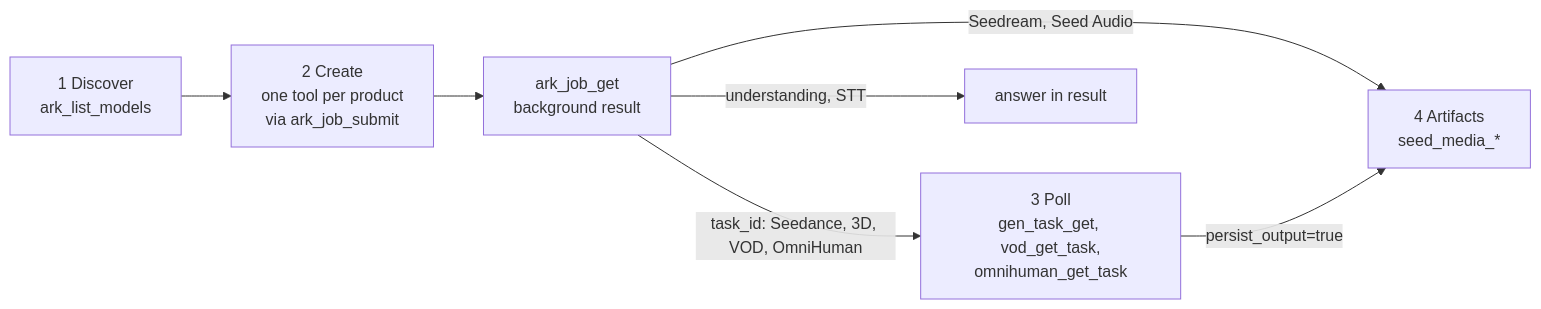
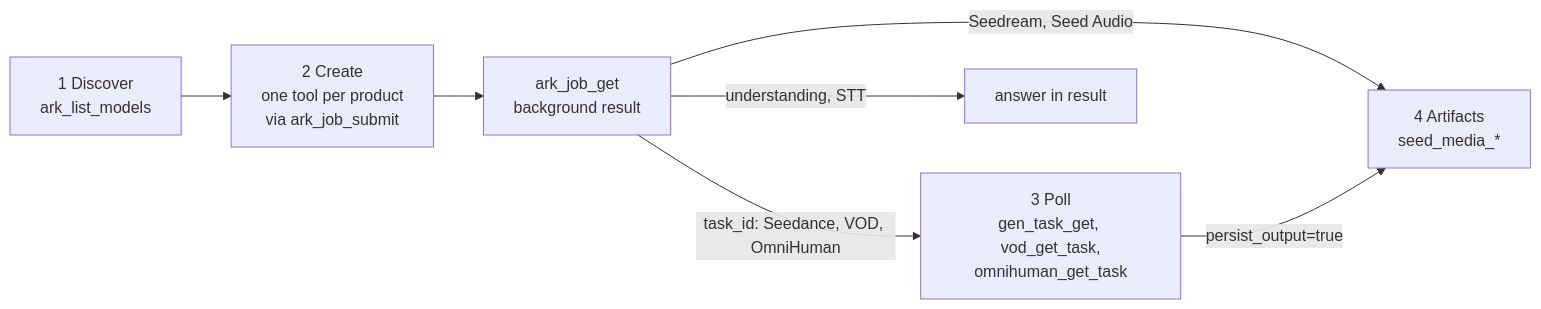
The diagram in .agents/skills/ark-mcp/SKILL.md (byteplus-sa/ark-mcp), drawn with Mermaid before and after one commit. The commit also changed other lines of this file and 91 other files, not shown here.

````diff
--- a/.agents/skills/ark-mcp/SKILL.md
+++ b/.agents/skills/ark-mcp/SKILL.md
@@ -44,9 +43,9 @@
 ```mermaid
 flowchart LR
     discover["1 Discover<br/>ark_list_models"] --> create["2 Create<br/>one tool per product<br/>via ark_job_submit"]
     create --> job["ark_job_get<br/>background result"]
-    job -->|"task_id: Seedance, 3D, VOD, OmniHuman"| poll["3 Poll<br/>gen_task_get, vod_get_task,<br/>omnihuman_get_task"]
+    job -->|"task_id: Seedance, VOD, OmniHuman"| poll["3 Poll<br/>gen_task_get, vod_get_task,<br/>omnihuman_get_task"]
     job -->|"Seedream, Seed Audio"| artifacts["4 Artifacts<br/>seed_media_*"]
     job -->|"understanding, STT"| text["answer in result"]
     poll -->|"persist_output=true"| artifacts
 ```
````
